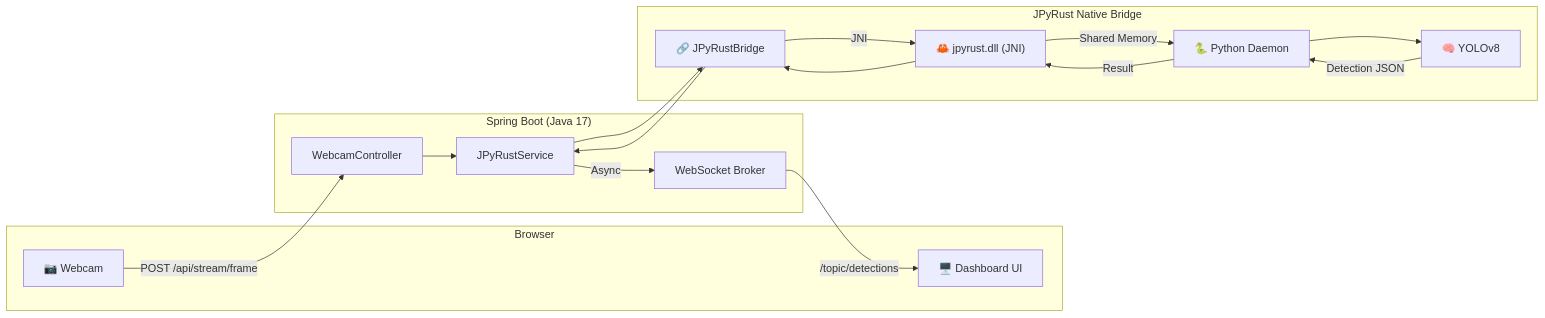
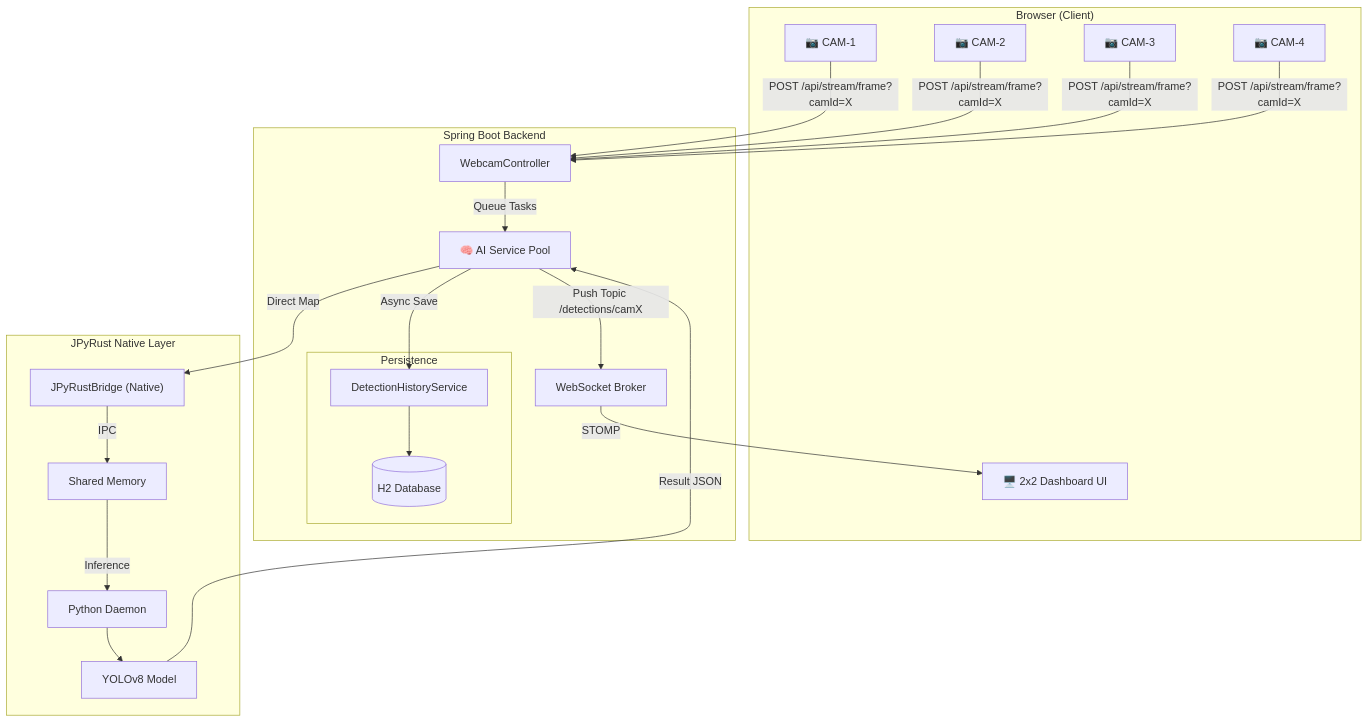
Before and after one commit to farmer0010/SmartFactory-Vision: the diagram in README.md, drawn with Mermaid. The commit also changed other lines of this file and 12 other files, not shown here.

````diff
--- a/README.md
+++ b/README.md
@@ -38,33 +38,41 @@
 ```mermaid
-graph LR
-    subgraph "Browser"
-        Webcam["📷 Webcam"]
-        UI["🖥️ Dashboard UI"]
+graph TD
+    subgraph "Browser (Client)"
+        C1["📷 CAM-1"]
+        C2["📷 CAM-2"]
+        C3["📷 CAM-3"]
+        C4["📷 CAM-4"]
+        UI["🖥️ 2x2 Dashboard UI"]
     end
 
-    subgraph "Spring Boot (Java 17)"
+    subgraph "Spring Boot Backend"
         WC["WebcamController"]
-        JPS["JPyRustService"]
+        Pool["🧠 AI Service Pool"]
+        subgraph "Persistence"
+            DHS["DetectionHistoryService"]
+            DB[("H2 Database")]
+        end
         WS["WebSocket Broker"]
     end
 
-    subgraph "JPyRust Native Bridge"
-        Bridge["🔗 JPyRustBridge"]
-        Rust["🦀 jpyrust.dll (JNI)"]
-        Python["🐍 Python Daemon"]
-        YOLO["🧠 YOLOv8"]
+    subgraph "JPyRust Native Layer"
+        Bridge["JPyRustBridge (Native)"]
+        SHM["Shared Memory"]
+        Daemon["Python Daemon"]
+        YOLO["YOLOv8 Model"]
     end
 
-    Webcam -- "POST /api/stream/frame" --> WC
-    WC --> JPS
-    JPS --> Bridge
-    Bridge -- "JNI" --> Rust
-    Rust -- "Shared Memory" --> Python
-    Python --> YOLO
-    YOLO -- "Detection JSON" --> Python
-    Python -- "Result" --> Rust
-    Rust --> Bridge
-    Bridge --> JPS
-    JPS -- "Async" --> WS
-    WS -- "/topic/detections" --> UI
+    C1 & C2 & C3 & C4 -- "POST /api/stream/frame?camId=X" --> WC
+    WC -- "Queue Tasks" --> Pool
+    Pool -- "Direct Map" --> Bridge
+    Bridge -- "IPC" --> SHM
+    SHM -- "Inference" --> Daemon
+    Daemon --> YOLO
+    
+    YOLO -- "Result JSON" --> Pool
+    Pool -- "Async Save" --> DHS
+    DHS --> DB
+    
+    Pool -- "Push Topic /detections/camX" --> WS
+    WS -- "STOMP" --> UI
 ```
````
